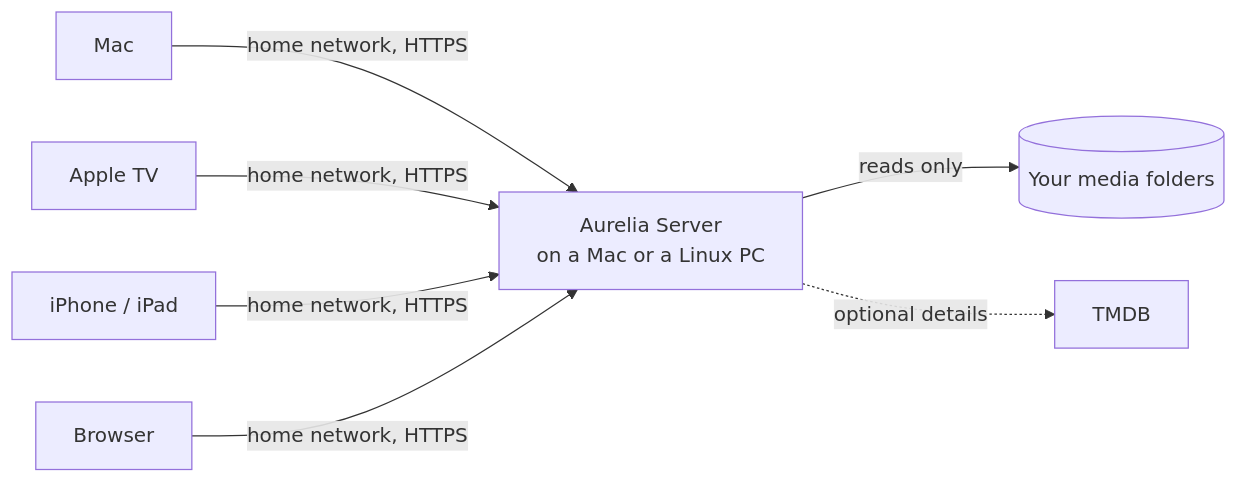
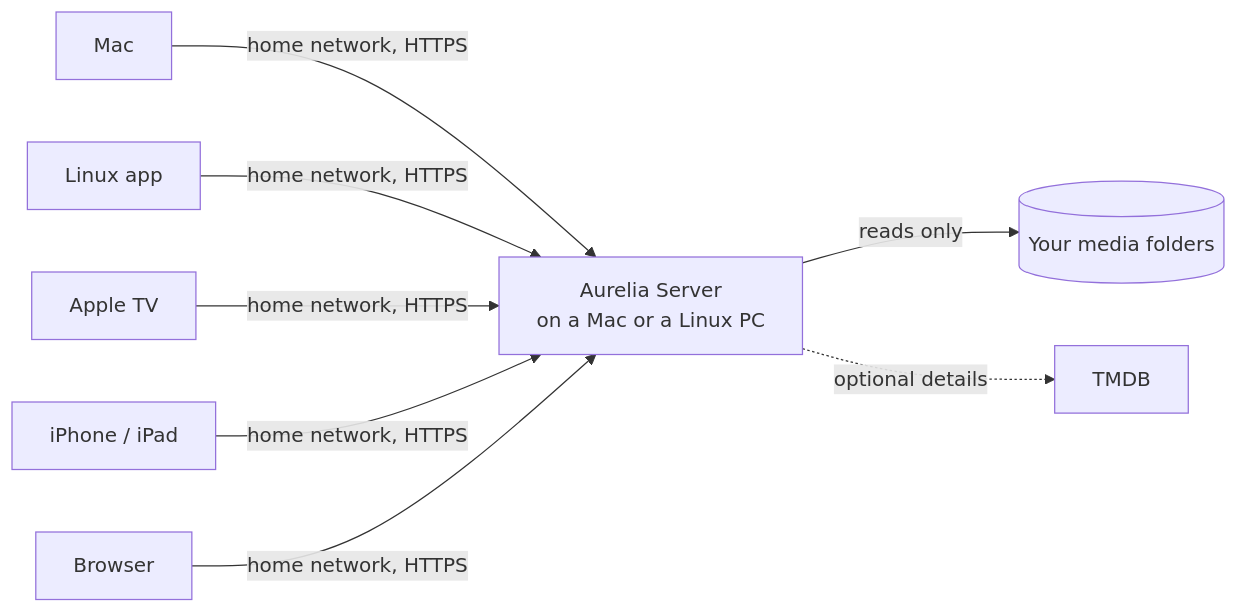
The diagram in README.md (lucaskleinsteuber/Aurelia), drawn with Mermaid before and after one commit. The commit also changed other lines of this file and 29 other files, not shown here.

````diff
--- a/README.md
+++ b/README.md
@@ -95,9 +97,10 @@
 ```mermaid
 flowchart LR
     mac["Mac"] -- "home network, HTTPS" --> server
+    linux["Linux app"] -- "home network, HTTPS" --> server
     tv["Apple TV"] -- "home network, HTTPS" --> server
     ios["iPhone / iPad"] -- "home network, HTTPS" --> server
     web["Browser"] -- "home network, HTTPS" --> server
     server["Aurelia Server<br/>on a Mac or a Linux PC"] -- "reads only" --> media[("Your media folders")]
     server -. "optional details" .-> tmdb["TMDB"]
 ```
````
